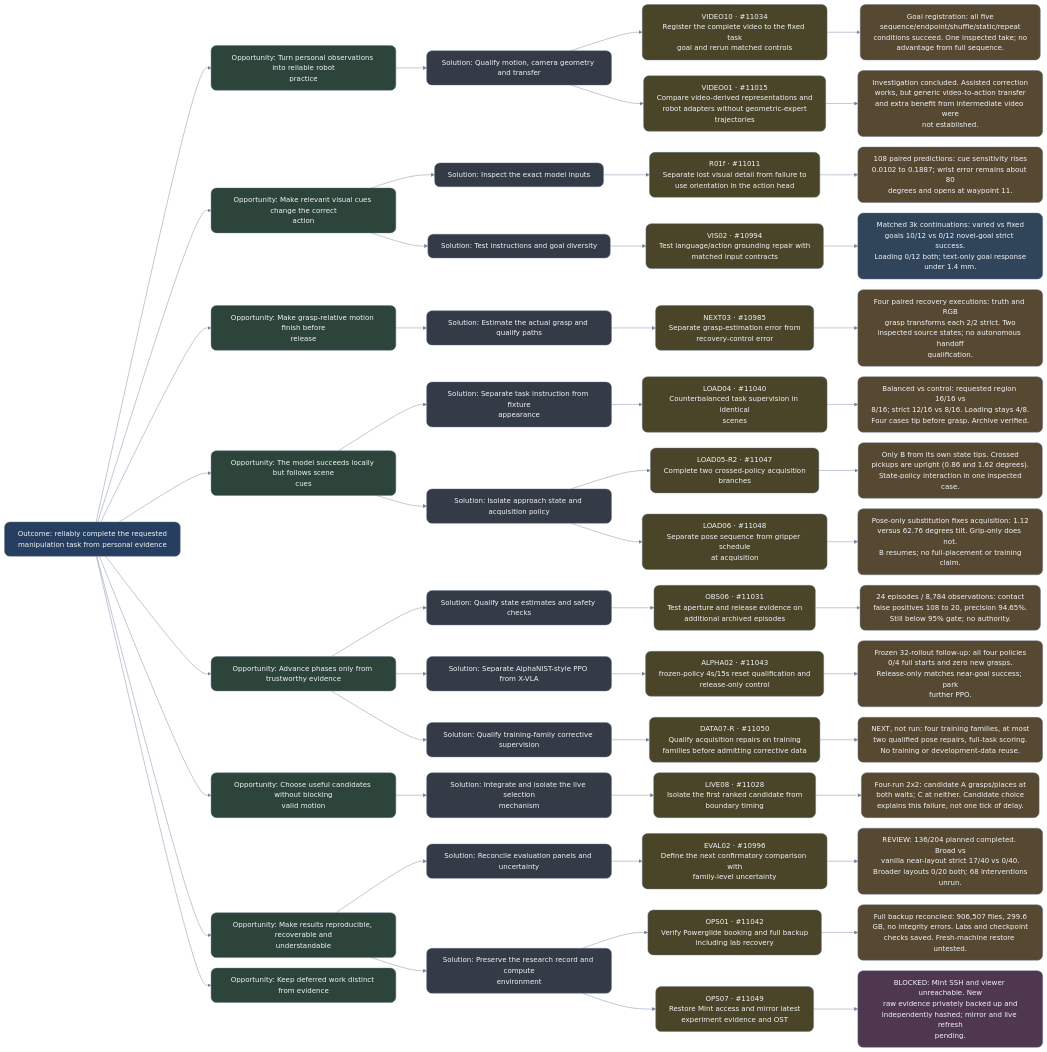
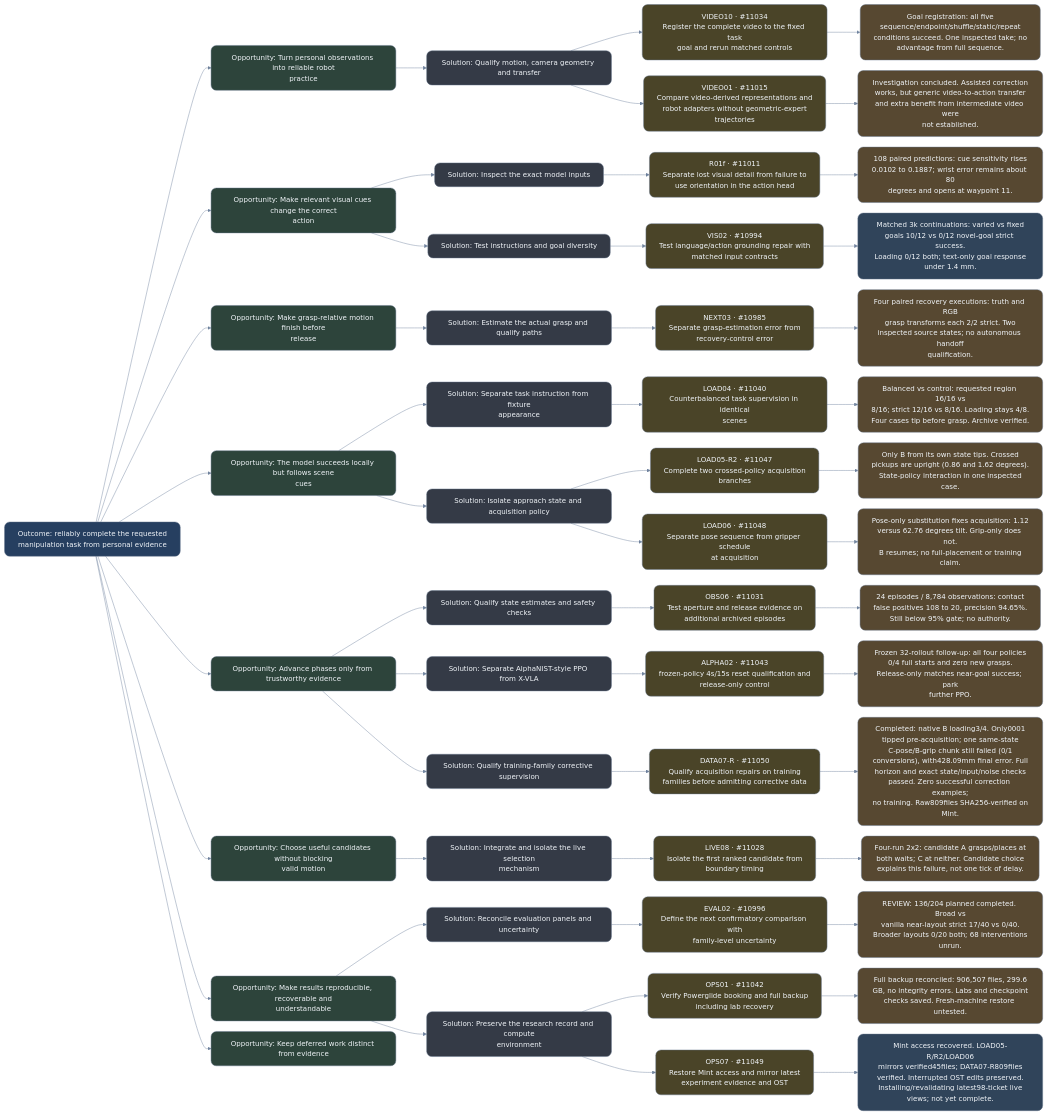
One commit to NatMota/typhon-robotics changed the diagram in experiment-history/2026-10-14-ost/overview.mmd. Above: the diagram before and after it, drawn with Mermaid. The commit also changed 19 other files, not shown here.

Commit message:
Record negative DATA07-R full-task repair and recovered Mint mirrors

```diff
--- a/experiment-history/2026-10-14-ost/overview.mmd
+++ b/experiment-history/2026-10-14-ost/overview.mmd
@@ -1,142 +1,142 @@
 %%{init: {"theme": "base", "securityLevel": "loose", "fontFamily": "Arial, sans-serif", "fontSize": 18, "markdownAutoWrap": false, "flowchart": {"htmlLabels": false, "curve": "basis", "nodeSpacing": 24, "rankSpacing": 70, "wrappingWidth": 360}, "themeVariables": {"primaryTextColor": "#edf2f7", "lineColor": "#71849f", "background": "#0b1220"}}}%%
 flowchart LR
 OUT["Outcome: reliably complete the requested<br/>manipulation task from personal evidence"]:::outcome
 O_data["Opportunity: Turn personal observations into reliable robot<br/>practice"]:::opportunity
 OUT --> O_data
 O_data_S4["Solution: Qualify motion, camera geometry and transfer"]:::solution
 O_data --> O_data_S4
 T11034["VIDEO10 · #11034<br/>Register the complete video to the fixed task<br/>goal and rerun matched controls"]:::experiment
 O_data_S4 --> T11034
 R11034["Goal registration: all five<br/>sequence/endpoint/shuffle/static/repeat<br/>conditions succeed. One inspected take; no<br/>advantage from full sequence."]:::mixed
 T11034 --> R11034
 click T11034 "http://127.0.0.1:4001/?project=typhon-research#ticket=11034" "Open research ticket" _blank
 T11015["VIDEO01 · #11015<br/>Compare video-derived representations and<br/>robot adapters without geometric-expert<br/>trajectories"]:::experiment
 O_data_S4 --> T11015
 R11015["Investigation concluded. Assisted correction<br/>works, but generic video-to-action transfer<br/>and extra benefit from intermediate video were<br/>not established."]:::mixed
 T11015 --> R11015
 click T11015 "http://127.0.0.1:4001/?project=typhon-research#ticket=11015" "Open research ticket" _blank
 
 OUT["Outcome: reliably complete the requested<br/>manipulation task from personal evidence"]:::outcome
 O_perception["Opportunity: Make relevant visual cues change the correct<br/>action"]:::opportunity
 OUT --> O_perception
 O_perception_S0["Solution: Inspect the exact model inputs"]:::solution
 O_perception --> O_perception_S0
 T11011["R01f · #11011<br/>Separate lost visual detail from failure to<br/>use orientation in the action head"]:::experiment
 O_perception_S0 --> T11011
 R11011["108 paired predictions: cue sensitivity rises<br/>0.0102 to 0.1887; wrist error remains about 80<br/>degrees and opens at waypoint 11."]:::mixed
 T11011 --> R11011
 click T11011 "http://127.0.0.1:4001/?project=typhon-research#ticket=11011" "Open research ticket" _blank
 O_perception_S1["Solution: Test instructions and goal diversity"]:::solution
 O_perception --> O_perception_S1
 T10994["VIS02 · #10994<br/>Test language/action grounding repair with<br/>matched input contracts"]:::experiment
 O_perception_S1 --> T10994
 R10994["Matched 3k continuations: varied vs fixed<br/>goals 10/12 vs 0/12 novel-goal strict success.<br/>Loading 0/12 both; text-only goal response<br/>under 1.4 mm."]:::pending
 T10994 --> R10994
 click T10994 "http://127.0.0.1:4001/?project=typhon-research#ticket=10994" "Open research ticket" _blank
 
 OUT["Outcome: reliably complete the requested<br/>manipulation task from personal evidence"]:::outcome
 O_execution["Opportunity: Make grasp-relative motion finish before<br/>release"]:::opportunity
 OUT --> O_execution
 O_execution_S1["Solution: Estimate the actual grasp and qualify paths"]:::solution
 O_execution --> O_execution_S1
 T10985["NEXT03 · #10985<br/>Separate grasp-estimation error from<br/>recovery-control error"]:::experiment
 O_execution_S1 --> T10985
 R10985["Four paired recovery executions: truth and RGB<br/>grasp transforms each 2/2 strict. Two<br/>inspected source states; no autonomous handoff<br/>qualification."]:::mixed
 T10985 --> R10985
 click T10985 "http://127.0.0.1:4001/?project=typhon-research#ticket=10985" "Open research ticket" _blank
 
 OUT["Outcome: reliably complete the requested<br/>manipulation task from personal evidence"]:::outcome
 O_generalisation["Opportunity: The model succeeds locally but follows scene<br/>cues"]:::opportunity
 OUT --> O_generalisation
 O_generalisation_S3["Solution: Separate task instruction from fixture<br/>appearance"]:::solution
 O_generalisation --> O_generalisation_S3
 T11040["LOAD04 · #11040<br/>Counterbalanced task supervision in identical<br/>scenes"]:::experiment
 O_generalisation_S3 --> T11040
 R11040["Balanced vs control: requested region 16/16 vs<br/>8/16; strict 12/16 vs 8/16. Loading stays 4/8.<br/>Four cases tip before grasp. Archive verified."]:::mixed
 T11040 --> R11040
 click T11040 "http://127.0.0.1:4001/?project=typhon-research#ticket=11040" "Open research ticket" _blank
 O_generalisation_S4["Solution: Isolate approach state and acquisition policy"]:::solution
 O_generalisation --> O_generalisation_S4
 T11047["LOAD05-R2 · #11047<br/>Complete two crossed-policy acquisition<br/>branches"]:::experiment
 O_generalisation_S4 --> T11047
 R11047["Only B from its own state tips. Crossed<br/>pickups are upright (0.86 and 1.62 degrees).<br/>State-policy interaction in one inspected<br/>case."]:::mixed
 T11047 --> R11047
 click T11047 "http://127.0.0.1:4001/?project=typhon-research#ticket=11047" "Open research ticket" _blank
 T11048["LOAD06 · #11048<br/>Separate pose sequence from gripper schedule<br/>at acquisition"]:::experiment
 O_generalisation_S4 --> T11048
 R11048["Pose-only substitution fixes acquisition: 1.12<br/>versus 62.76 degrees tilt. Grip-only does not.<br/>B resumes; no full-placement or training<br/>claim."]:::mixed
 T11048 --> R11048
 click T11048 "http://127.0.0.1:4001/?project=typhon-research#ticket=11048" "Open research ticket" _blank
 
 OUT["Outcome: reliably complete the requested<br/>manipulation task from personal evidence"]:::outcome
 O_recovery["Opportunity: Advance phases only from trustworthy evidence"]:::opportunity
 OUT --> O_recovery
 O_recovery_S0["Solution: Qualify state estimates and safety checks"]:::solution
 O_recovery --> O_recovery_S0
 T11031["OBS06 · #11031<br/>Test aperture and release evidence on<br/>additional archived episodes"]:::experiment
 O_recovery_S0 --> T11031
 R11031["24 episodes / 8,784 observations: contact<br/>false positives 108 to 20, precision 94.65%.<br/>Still below 95% gate; no authority."]:::mixed
 T11031 --> R11031
 click T11031 "http://127.0.0.1:4001/?project=typhon-research#ticket=11031" "Open research ticket" _blank
 O_recovery_S3["Solution: Separate AlphaNIST-style PPO from X-VLA"]:::solution
 O_recovery --> O_recovery_S3
 T11043["ALPHA02 · #11043<br/>frozen-policy 4s/15s reset qualification and<br/>release-only control"]:::experiment
 O_recovery_S3 --> T11043
 R11043["Frozen 32-rollout follow-up: all four policies<br/>0/4 full starts and zero new grasps.<br/>Release-only matches near-goal success; park<br/>further PPO."]:::mixed
 T11043 --> R11043
 click T11043 "http://127.0.0.1:4001/?project=typhon-research#ticket=11043" "Open research ticket" _blank
 O_recovery_S4["Solution: Qualify training-family corrective supervision"]:::solution
 O_recovery --> O_recovery_S4
 T11050["DATA07-R · #11050<br/>Qualify acquisition repairs on training<br/>families before admitting corrective data"]:::experiment
 O_recovery_S4 --> T11050
-R11050["NEXT, not run: four training families, at most<br/>two qualified pose repairs, full-task scoring.<br/>No training or development-data reuse."]:::mixed
+R11050["Completed: native B loading3/4. Only0001<br/>tipped pre-acquisition; one same-state<br/>C-pose/B-grip chunk still failed (0/1<br/>conversions), with428.09mm final error. Full<br/>horizon and exact state/input/noise checks<br/>passed. Zero successful correction examples;<br/>no training. Raw809files SHA256-verified on<br/>Mint."]:::mixed
 T11050 --> R11050
 click T11050 "http://127.0.0.1:4001/?project=typhon-research#ticket=11050" "Open research ticket" _blank
 
 OUT["Outcome: reliably complete the requested<br/>manipulation task from personal evidence"]:::outcome
 O_compute["Opportunity: Choose useful candidates without blocking<br/>valid motion"]:::opportunity
 OUT --> O_compute
 O_compute_S1["Solution: Integrate and isolate the live selection<br/>mechanism"]:::solution
 O_compute --> O_compute_S1
 T11028["LIVE08 · #11028<br/>Isolate the first ranked candidate from<br/>boundary timing"]:::experiment
 O_compute_S1 --> T11028
 R11028["Four-run 2x2: candidate A grasps/places at<br/>both waits; C at neither. Candidate choice<br/>explains this failure, not one tick of delay."]:::mixed
 T11028 --> R11028
 click T11028 "http://127.0.0.1:4001/?project=typhon-research#ticket=11028" "Open research ticket" _blank
 
 OUT["Outcome: reliably complete the requested<br/>manipulation task from personal evidence"]:::outcome
 O_evidence["Opportunity: Make results reproducible, recoverable and<br/>understandable"]:::opportunity
 OUT --> O_evidence
 O_evidence_S0["Solution: Reconcile evaluation panels and uncertainty"]:::solution
 O_evidence --> O_evidence_S0
 T10996["EVAL02 · #10996<br/>Define the next confirmatory comparison with<br/>family-level uncertainty"]:::experiment
 O_evidence_S0 --> T10996
 R10996["REVIEW: 136/204 planned completed. Broad vs<br/>vanilla near-layout strict 17/40 vs 0/40.<br/>Broader layouts 0/20 both; 68 interventions<br/>unrun."]:::mixed
 T10996 --> R10996
 click T10996 "http://127.0.0.1:4001/?project=typhon-research#ticket=10996" "Open research ticket" _blank
 O_evidence_S1["Solution: Preserve the research record and compute<br/>environment"]:::solution
 O_evidence --> O_evidence_S1
 T11042["OPS01 · #11042<br/>Verify Powerglide booking and full backup<br/>including lab recovery"]:::experiment
 O_evidence_S1 --> T11042
 R11042["Full backup reconciled: 906,507 files, 299.6<br/>GB, no integrity errors. Labs and checkpoint<br/>checks saved. Fresh-machine restore untested."]:::mixed
 T11042 --> R11042
 click T11042 "http://127.0.0.1:4001/?project=typhon-research#ticket=11042" "Open research ticket" _blank
 T11049["OPS07 · #11049<br/>Restore Mint access and mirror latest<br/>experiment evidence and OST"]:::experiment
 O_evidence_S1 --> T11049
-R11049["BLOCKED: Mint SSH and viewer unreachable. New<br/>raw evidence privately backed up and<br/>independently hashed; mirror and live refresh<br/>pending."]:::blocked
+R11049["Mint access recovered. LOAD05-R/R2/LOAD06<br/>mirrors verified45files; DATA07-R809files<br/>verified. Interrupted OST edits preserved.<br/>Installing/revalidating latest98-ticket live<br/>views; not yet complete."]:::pending
 T11049 --> R11049
 click T11049 "http://127.0.0.1:4001/?project=typhon-research#ticket=11049" "Open research ticket" _blank
 
 OUT["Outcome: reliably complete the requested<br/>manipulation task from personal evidence"]:::outcome
 O_parked["Opportunity: Keep deferred work distinct from evidence"]:::opportunity
 OUT --> O_parked
 classDef outcome fill:#263f60,stroke:#64748b,color:#f1f5f9,rx:12,ry:12;
 classDef opportunity fill:#2d443b,stroke:#64748b,color:#f1f5f9,rx:12,ry:12;
 classDef solution fill:#343a46,stroke:#64748b,color:#f1f5f9,rx:12,ry:12;
 classDef experiment fill:#4a4428,stroke:#64748b,color:#f1f5f9,rx:12,ry:12;
 classDef evidence fill:#244a3d,stroke:#64748b,color:#f1f5f9,rx:12,ry:12;
 classDef mixed fill:#574831,stroke:#64748b,color:#f1f5f9,rx:12,ry:12;
 classDef negative fill:#56343c,stroke:#64748b,color:#f1f5f9,rx:12,ry:12;
 classDef pending fill:#30445a,stroke:#64748b,color:#f1f5f9,rx:12,ry:12;
 classDef blocked fill:#4e374f,stroke:#64748b,color:#f1f5f9,rx:12,ry:12;
 classDef parked fill:#373b42,stroke:#64748b,color:#f1f5f9,rx:12,ry:12;
```
